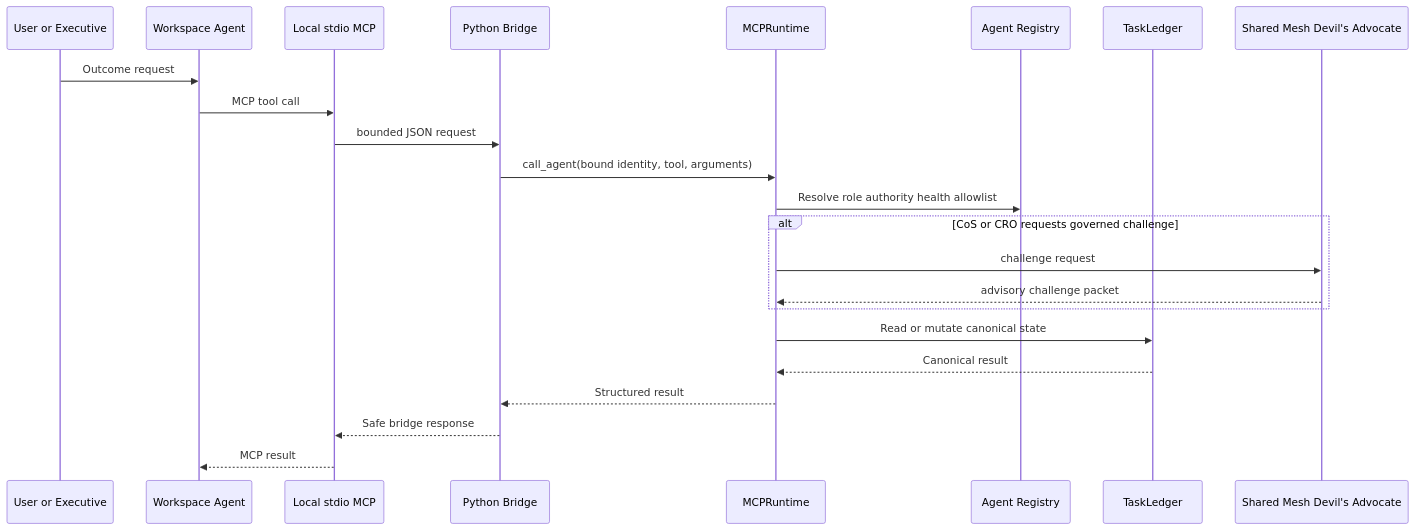
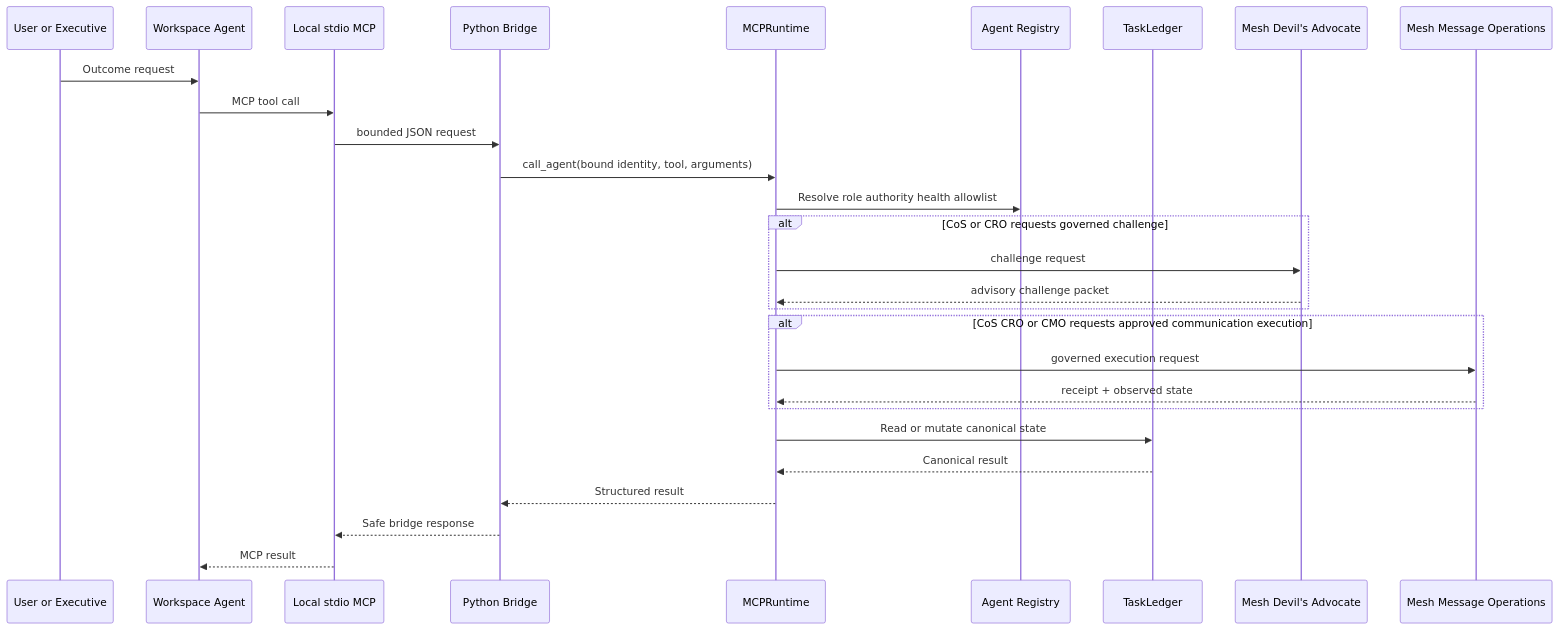
One commit to mkleinbe/mesh-ai-agent-cos-universe changed the third of 3 diagrams in docs/architecture.md. Above: the diagram before and after it, drawn with Mermaid. The commit also changed other lines of this file, not shown here.

Commit message:
docs: refactor architecture to v3 shared message operations

````diff
--- a/docs/architecture.md
+++ b/docs/architecture.md
@@ -103,26 +114,31 @@
 ```mermaid
 sequenceDiagram
     participant U as User or Executive
     participant W as Workspace Agent
     participant S as Local stdio MCP
     participant B as Python Bridge
     participant M as MCPRuntime
     participant R as Agent Registry
     participant L as TaskLedger
-    participant D as Shared Mesh Devil's Advocate
+    participant D as Mesh Devil's Advocate
+    participant X as Mesh Message Operations
 
     U->>W: Outcome request
     W->>S: MCP tool call
     S->>B: bounded JSON request
     B->>M: call_agent(bound identity, tool, arguments)
     M->>R: Resolve role authority health allowlist
     alt CoS or CRO requests governed challenge
         M->>D: challenge request
         D-->>M: advisory challenge packet
     end
+    alt CoS CRO or CMO requests approved communication execution
+        M->>X: governed execution request
+        X-->>M: receipt + observed state
+    end
     M->>L: Read or mutate canonical state
     L-->>M: Canonical result
     M-->>B: Structured result
     B-->>S: Safe bridge response
     S-->>W: MCP result
 ```
````
